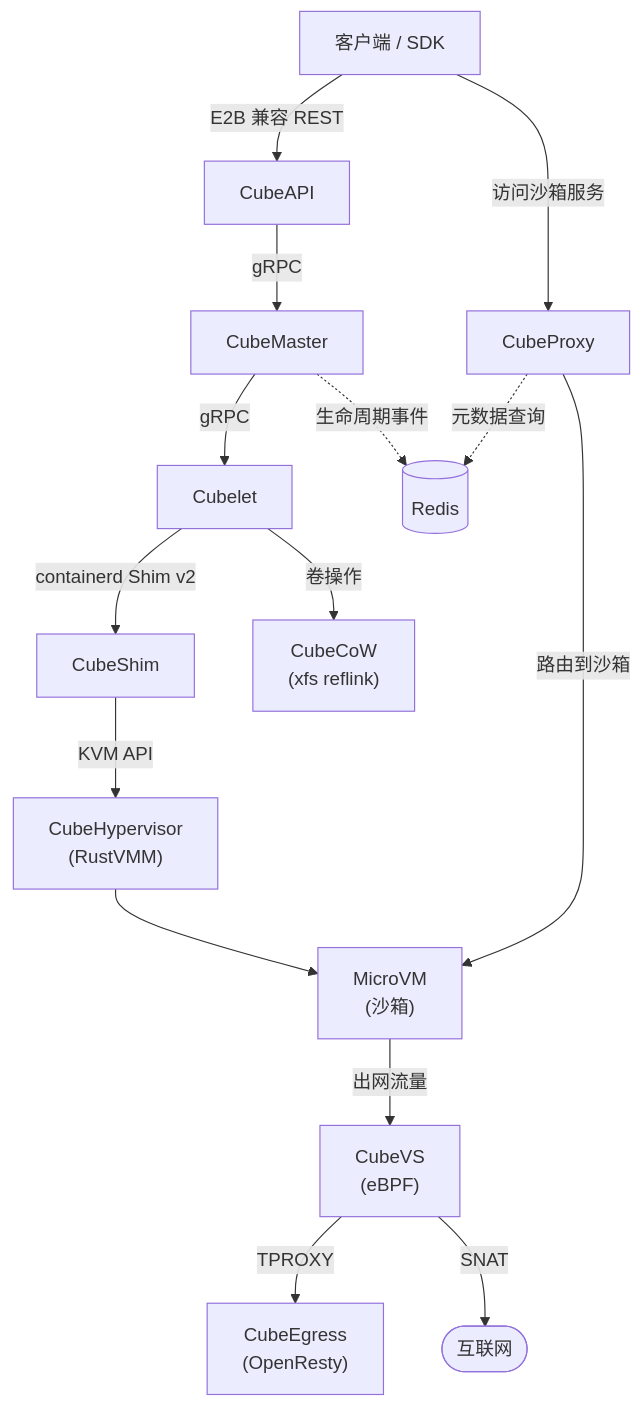
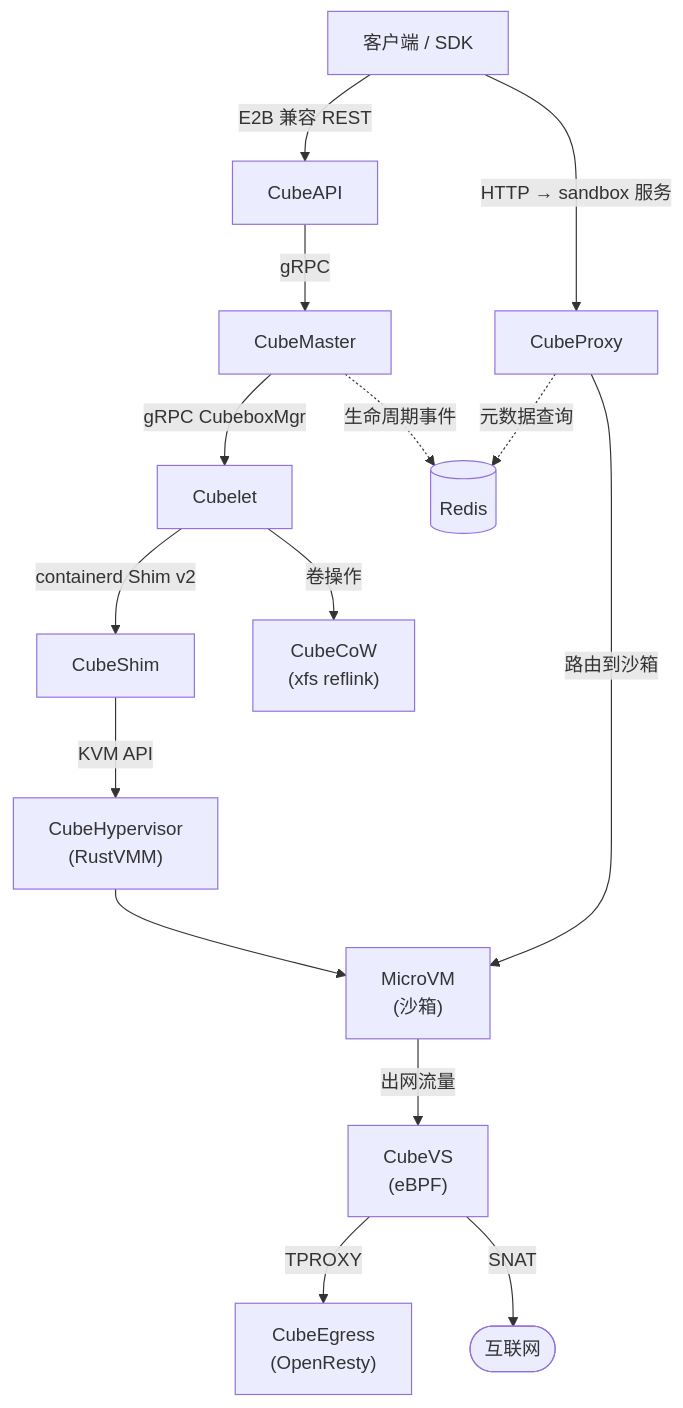
The first of 11 diagrams in docs/teaching/architecture-tutorial.md (kngwyc3/CubeSandbox), drawn with Mermaid before and after one commit. The commit also changed other lines of this file, not shown here.

````diff
--- a/docs/teaching/architecture-tutorial.md
+++ b/docs/teaching/architecture-tutorial.md
@@ -27,19 +27,19 @@
 ```mermaid
 flowchart TB
     Client["客户端 / SDK"] -->|"E2B 兼容 REST"| API["CubeAPI"]
     API -->|"gRPC"| Master["CubeMaster"]
-    Master -->|"gRPC"| Cubelet["Cubelet"]
+    Master -->|"gRPC CubeboxMgr"| Cubelet["Cubelet"]
     Cubelet -->|"containerd Shim v2"| Shim["CubeShim"]
     Shim -->|"KVM API"| Hyp["CubeHypervisor<br/>(RustVMM)"]
     Hyp --> VM["MicroVM<br/>(沙箱)"]
 
     Master -.->|"生命周期事件"| Redis[("Redis")]
     Proxy["CubeProxy"] -.->|"元数据查询"| Redis
-    Client -->|"访问沙箱服务"| Proxy
+    Client -->|"HTTP → sandbox 服务"| Proxy
     Proxy -->|"路由到沙箱"| VM
 
     Cubelet -->|"卷操作"| CoW["CubeCoW<br/>(xfs reflink)"]
     VM -->|"出网流量"| VS["CubeVS<br/>(eBPF)"]
     VS -->|"TPROXY"| Egress["CubeEgress<br/>(OpenResty)"]
     VS -->|"SNAT"| Internet(["互联网"])
 ```
````
